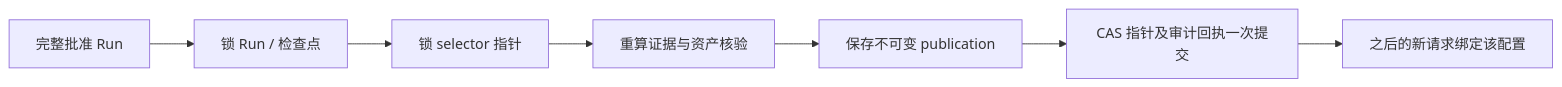
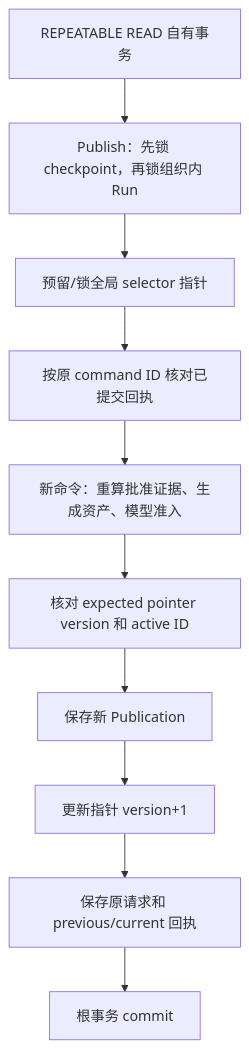
The diagram in docs/02-业务模块/publication/01-发布证据与生效指针设计.md (FangcunMount/qs-ai), drawn with Mermaid before and after one commit. The commit also changed other lines of this file and 1 other file, not shown here.

Commit message:
docs: detail publication proof pointer transactions and retained rollback

````diff
--- a/docs/02-业务模块/publication/01-发布证据与生效指针设计.md
+++ b/docs/02-业务模块/publication/01-发布证据与生效指针设计.md
@@ -34,9 +80,12 @@
 ```mermaid
-flowchart LR
-  R[完整批准 Run] --> V[锁 Run / 检查点]
-  V --> P[锁 selector 指针]
-  P --> E[重算证据与资产核验]
-  E --> N[保存不可变 publication]
-  N --> C[CAS 指针及审计回执一次提交]
-  C --> A[之后的新请求绑定该配置]
+flowchart TD
+  T[REPEATABLE READ 自有事务] --> L[Publish：先锁 checkpoint，再锁组织内 Run]
+  L --> S[预留/锁全局 selector 指针]
+  S --> C[按原 command ID 核对已提交回执]
+  C --> E[新命令：重算批准证据、生成资产、模型准入]
+  E --> CAS[核对 expected pointer version 和 active ID]
+  CAS --> P[保存新 Publication]
+  P --> W[更新指针 version+1]
+  W --> A[保存原请求和 previous/current 回执]
+  A --> Commit[根事务 commit]
 ```
````
